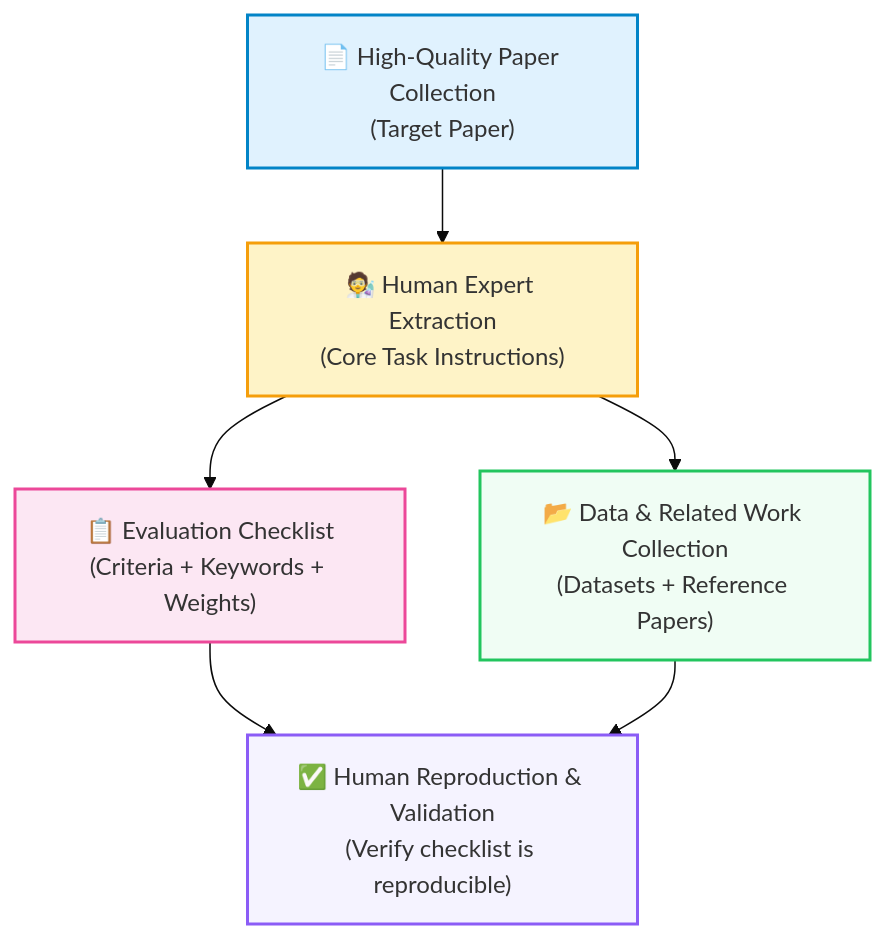
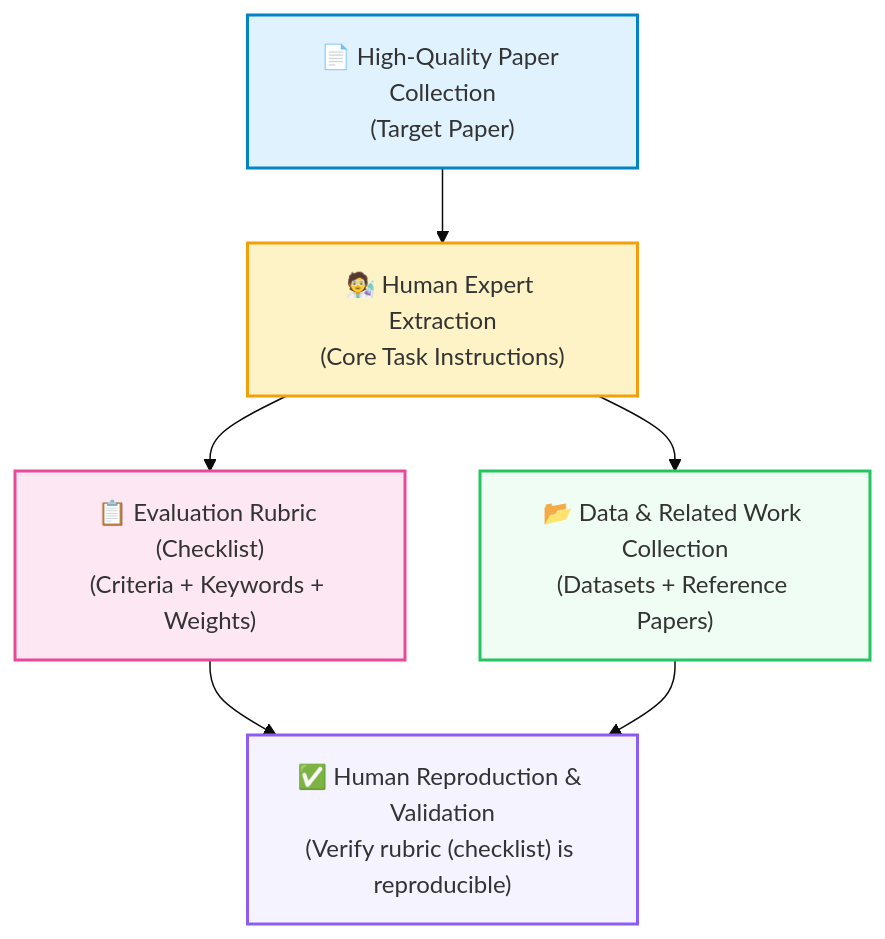
One commit to glicerico/ResearchClawBench changed the first of 3 diagrams in README.md. Above: the diagram before and after it, drawn with Mermaid (base theme). The commit also changed other lines of this file and 3 other files, not shown here.

Commit message:
Update evaluation UI and rubric wording

````diff
--- a/README.md
+++ b/README.md
@@ -90,14 +90,14 @@
 ```mermaid
 flowchart TD
     A["📄 High-Quality Paper Collection\n(Target Paper)"] --> B["🧑‍🔬 Human Expert Extraction\n(Core Task Instructions)"]
-    B --> C["📋 Evaluation Checklist\n(Criteria + Keywords + Weights)"]
+    B --> C["📋 Evaluation Rubric (Checklist)\n(Criteria + Keywords + Weights)"]
     B --> D["📂 Data & Related Work Collection\n(Datasets + Reference Papers)"]
-    C --> E["✅ Human Reproduction & Validation\n(Verify checklist is reproducible)"]
+    C --> E["✅ Human Reproduction & Validation\n(Verify rubric (checklist) is reproducible)"]
     D --> E
 
     style A fill:#e0f2fe,stroke:#0284c7,stroke-width:2px
     style B fill:#fef3c7,stroke:#f59e0b,stroke-width:2px
     style C fill:#fce7f3,stroke:#ec4899,stroke-width:2px
     style D fill:#f0fdf4,stroke:#22c55e,stroke-width:2px
     style E fill:#f5f3ff,stroke:#8b5cf6,stroke-width:2px
 ```
````
